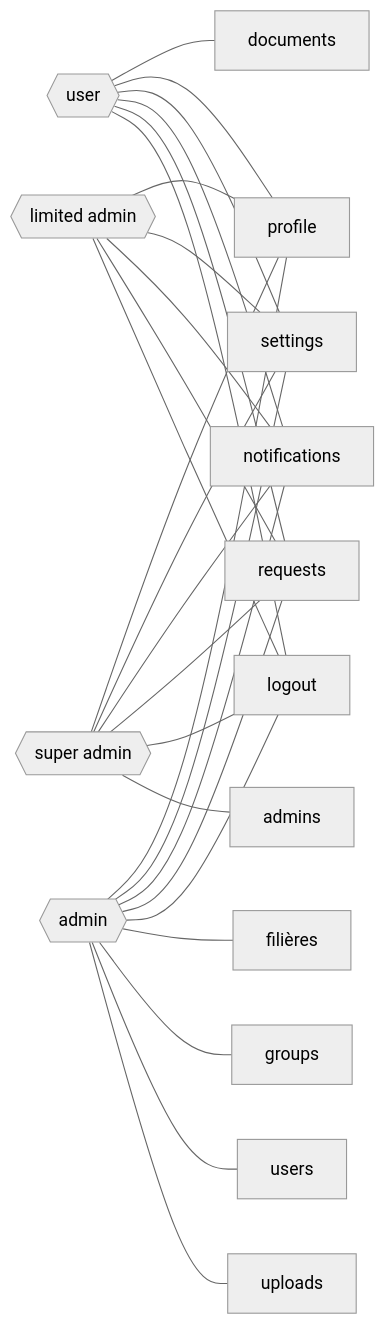
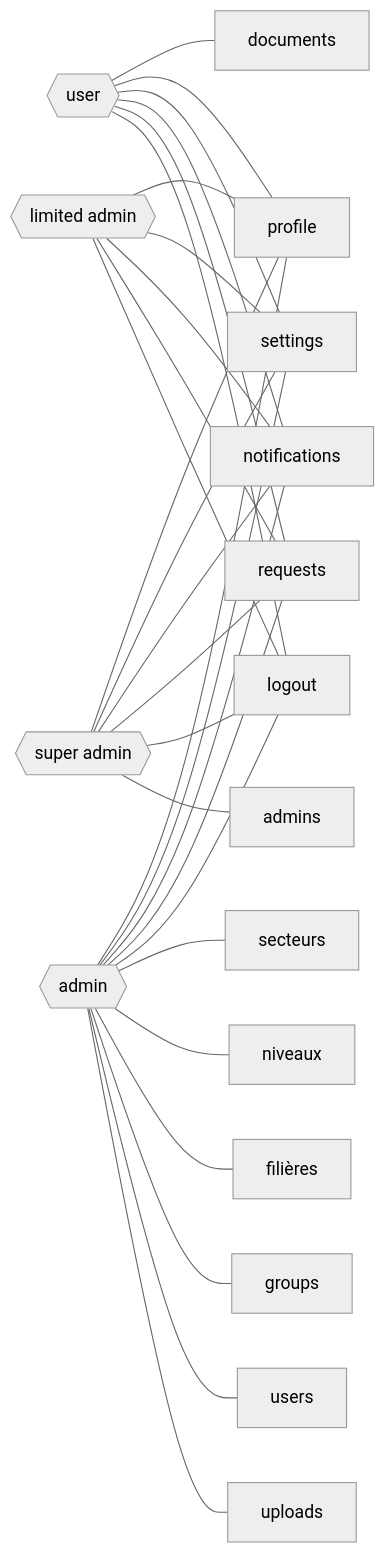
Before and after one commit to idlli/E-Campus: the diagram in diagrams/main-page.md, drawn with Mermaid (neutral theme).

````diff
--- a/diagrams/main-page.md
+++ b/diagrams/main-page.md
@@ -2,17 +2,19 @@
 ```mermaid
 graph LR
     user{{user}} --- documents
     user & admin{{admin}} & l-admin{{limited admin}} & s-admin{{super admin}} --- profile & settings & notifications & requests & logout
-    admin --- filières & groups & users & uploads
+    admin --- secteurs & niveaux & filières & groups & users & uploads
     s-admin --- admins
     
     %% links
     click settings "https://github.com/idlli/laravel-project/blob/main/diagrams/settings.md" _blank
     click notifications "https://github.com/idlli/laravel-project/blob/main/diagrams/notifications.md" _blank
     click requests "https://github.com/idlli/laravel-project/blob/main/diagrams/requests.md" _blank
+    click secteurs "https://github.com/idlli/laravel-project/blob/main/diagrams/secteurs.md" _blank
+    click niveaux "https://github.com/idlli/laravel-project/blob/main/diagrams/niveaux.md" _blank
     click filières "https://github.com/idlli/laravel-project/blob/main/diagrams/filières.md" _blank
     click groups "https://github.com/idlli/laravel-project/blob/main/diagrams/groups.md" _blank
     click users "https://github.com/idlli/laravel-project/blob/main/diagrams/users.md" _blank
     click uploads "https://github.com/idlli/laravel-project/blob/main/diagrams/uploads.md" _blank
     click admins "https://github.com/idlli/laravel-project/blob/main/diagrams/admins.md" _blank
 ```
````
